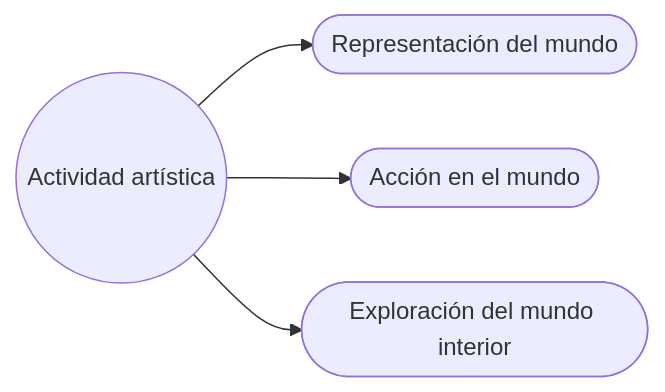
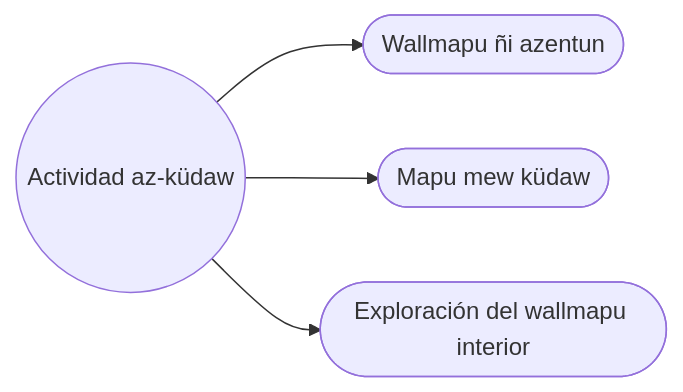
One commit to EGGS-Artesvisuales/EGGS-Artesvisuales.github.io changed the diagram in MPD/index.md. Above: the diagram before and after it, drawn with Mermaid. The commit also changed other lines of this file and 43 other files, not shown here.

```diff
--- a/MPD/index.md
+++ b/MPD/index.md
@@ -36,15 +36,15 @@
 <div class="mermaid">
 flowchart LR
-  principal(("Actividad artística"))
-  representacion(["Representación del mundo"])
-  accion(["Acción en el mundo"])
-  interior(["Exploración del mundo interior"])
+  principal(("Actividad az-küdaw"))
+  representacion(["Wallmapu ñi azentun"])
+  accion(["Mapu mew küdaw"])
+  interior(["Exploración del wallmapu interior"])
 
   principal --> representacion
   principal --> accion
   principal --> interior
 
-  click representacion "/MPD/mundo-exterior.html" "Ir a Representación del mundo"
-  click accion "/MPD/accion.html" "Ir a Acción en el mundo"
-  click interior "/MPD/interior.html" "Ir a Mundo interior"
+  click representacion "/MPD/mundo-exterior.html" "Ir a Wallmapu ñi azentun"
+  click accion "/MPD/accion.html" "Ir a Mapu mew küdaw"
+  click interior "/MPD/interior.html" "Ir a Püle rakizuam"
 </div>
```
